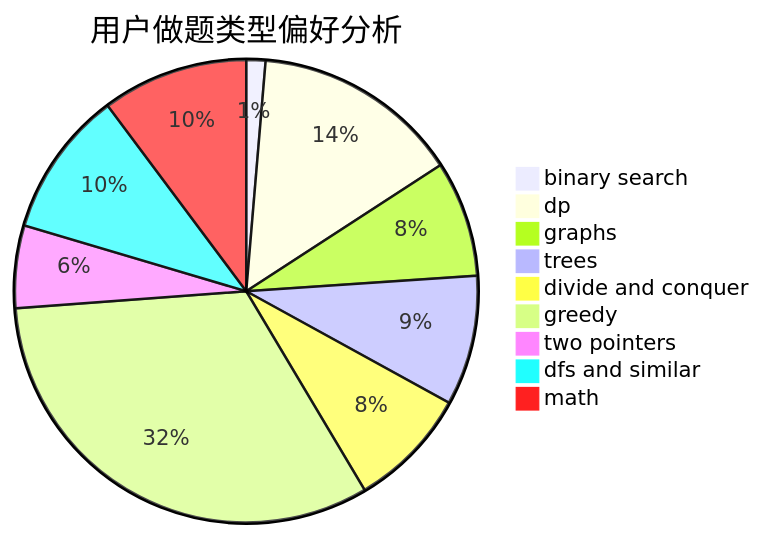
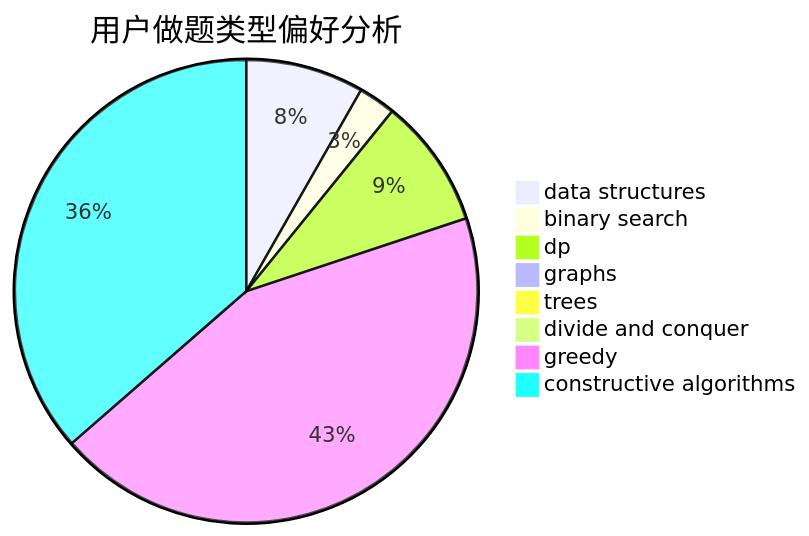
Before and after one commit to sherpahu/cfrs.github.io: the second of 3 diagrams in docs/user/u2648.md, drawn with Mermaid. The commit also changed other lines of this file and 2775 other files, not shown here.

````diff
--- a/docs/user/u2648.md
+++ b/docs/user/u2648.md
@@ -23,12 +23,11 @@
 ```mermaid
 pie title 用户做题类型偏好分析
-    "binary search" :  19
-    "dp" :  206
-    "graphs" :  115
-    "trees" :  129
-    "divide and conquer" :  120
-    "greedy" :  460
-    "two pointers" :  82
-    "dfs and similar" :  145
-    "math" :  145
+    "data structures" :  51
+    "binary search" :  16
+    "dp" :  56
+    "graphs" :  6
+    "trees" :  6
+    "divide and conquer" :  0
+    "greedy" :  270
+    "constructive algorithms" :  225
 ```
````
